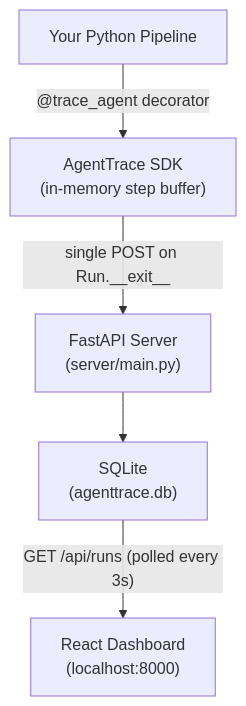
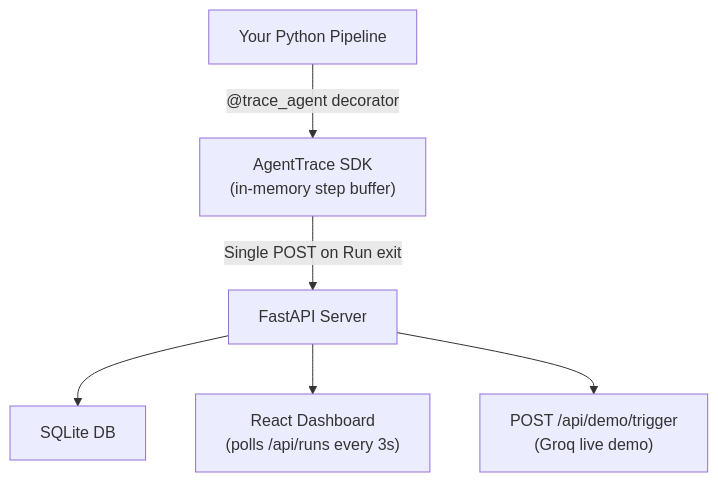
One commit to sujal-thakur01/agenttrace changed the diagram in README.md. Above: the diagram before and after it, drawn with Mermaid. The commit also changed other lines of this file and 17 other files, not shown here.

````diff
--- a/README.md
+++ b/README.md
@@ -25,7 +51,8 @@
 ```mermaid
 flowchart TD
     A["Your Python Pipeline"] -->|"@trace_agent decorator"| B["AgentTrace SDK\n(in-memory step buffer)"]
-    B -->|"single POST on Run.__exit__"| C["FastAPI Server\n(server/main.py)"]
-    C --> D["SQLite\n(agenttrace.db)"]
-    D -->|"GET /api/runs (polled every 3s)"| E["React Dashboard\n(localhost:8000)"]
+    B -->|"Single POST on Run exit"| C["FastAPI Server"]
+    C --> D["SQLite DB"]
+    C --> E["React Dashboard\n(polls /api/runs every 3s)"]
+    C --> F["POST /api/demo/trigger\n(Groq live demo)"]
 ```
````
